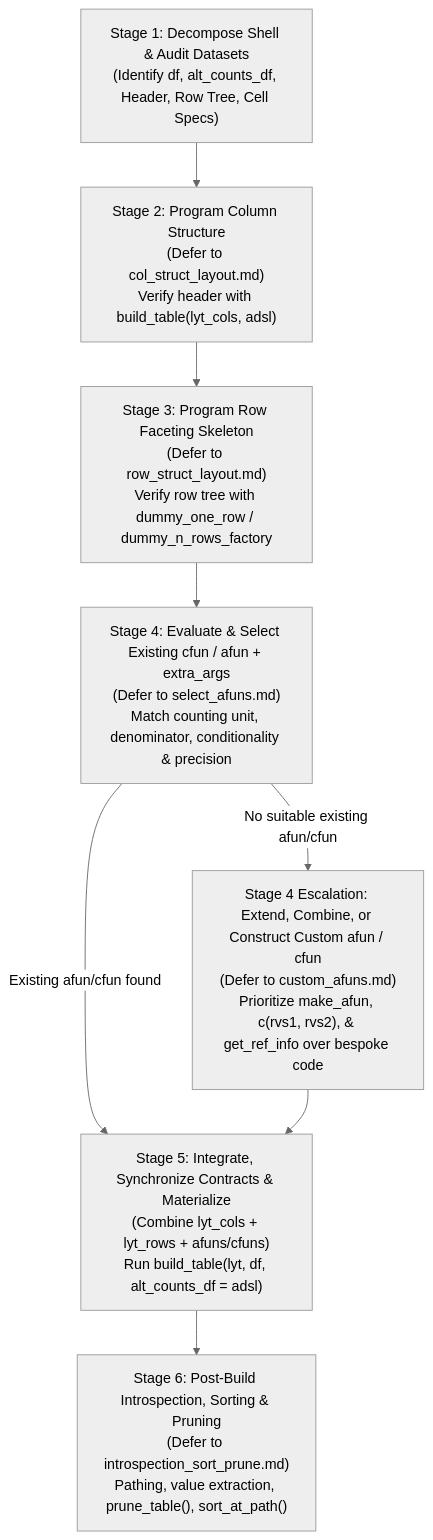
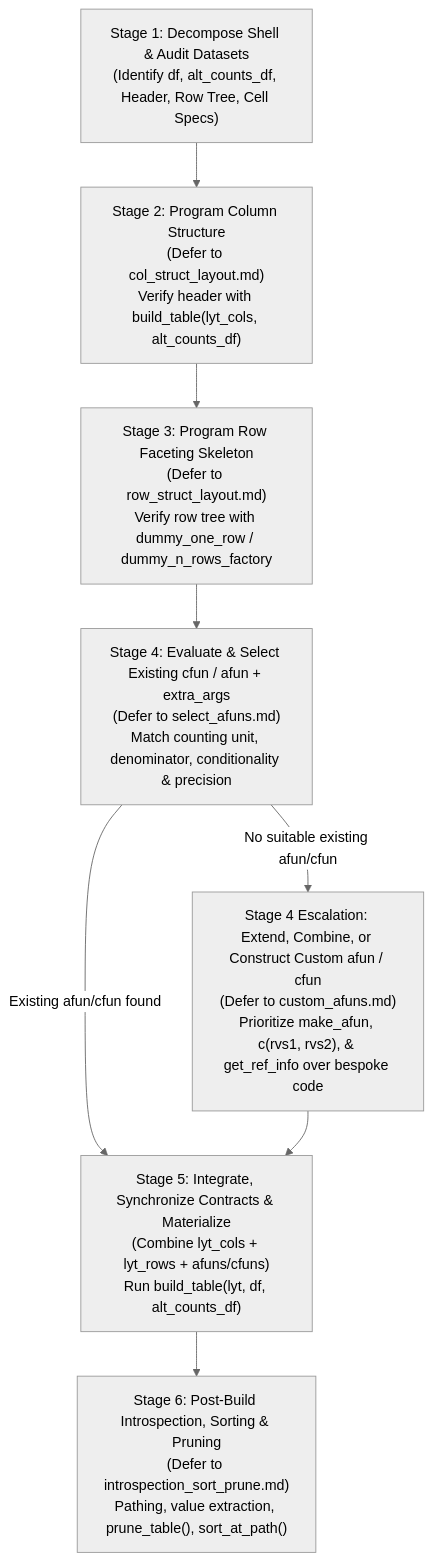
Before and after one commit to gmbecker/rtables_ai_skills: the diagram in rtables_junco_table_prog.md, drawn with Mermaid (neutral theme). The commit also changed other lines of this file and 4 other files, not shown here.

````diff
--- a/rtables_junco_table_prog.md
+++ b/rtables_junco_table_prog.md
@@ -49,14 +68,14 @@
 ```mermaid
 flowchart TD
     S1["Stage 1: Decompose Shell & Audit Datasets<br/>(Identify df, alt_counts_df, Header, Row Tree, Cell Specs)"]
-    S2["Stage 2: Program Column Structure<br/>(Defer to col_struct_layout.md)<br/>Verify header with build_table(lyt_cols, adsl)"]
+    S2["Stage 2: Program Column Structure<br/>(Defer to col_struct_layout.md)<br/>Verify header with build_table(lyt_cols, alt_counts_df)"]
     S3["Stage 3: Program Row Faceting Skeleton<br/>(Defer to row_struct_layout.md)<br/>Verify row tree with dummy_one_row / dummy_n_rows_factory"]
     S4["Stage 4: Evaluate & Select Existing cfun / afun + extra_args<br/>(Defer to select_afuns.md)<br/>Match counting unit, denominator, conditionality & precision"]
     S4_ESC["Stage 4 Escalation: Extend, Combine, or Construct Custom afun / cfun<br/>(Defer to custom_afuns.md)<br/>Prioritize make_afun, c(rvs1, rvs2), & get_ref_info over bespoke code"]
-    S5["Stage 5: Integrate, Synchronize Contracts & Materialize<br/>(Combine lyt_cols + lyt_rows + afuns/cfuns)<br/>Run build_table(lyt, df, alt_counts_df = adsl)"]
+    S5["Stage 5: Integrate, Synchronize Contracts & Materialize<br/>(Combine lyt_cols + lyt_rows + afuns/cfuns)<br/>Run build_table(lyt, df, alt_counts_df)"]
 
     S1 --> S2 --> S3 --> S4
     S4 -- "Existing afun/cfun found" --> S5
     S4 -- "No suitable existing afun/cfun" --> S4_ESC --> S5
     S5 --> S6["Stage 6: Post-Build Introspection, Sorting & Pruning<br/>(Defer to introspection_sort_prune.md)<br/>Pathing, value extraction, prune_table(), sort_at_path()"]
 ```
````
